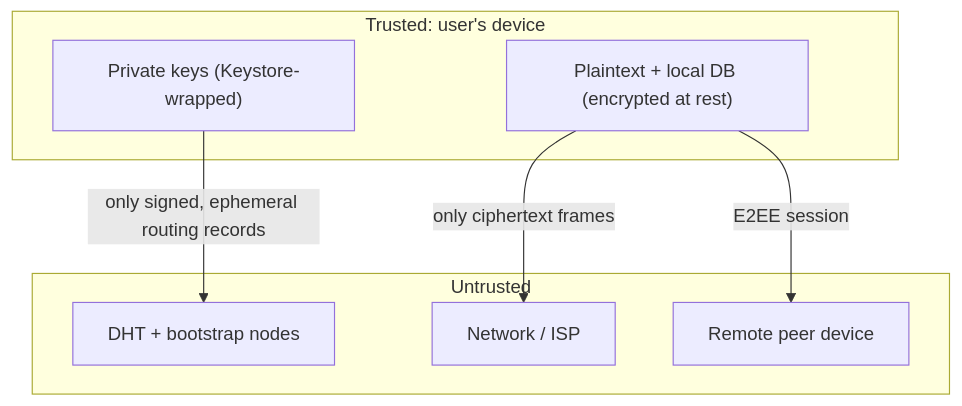
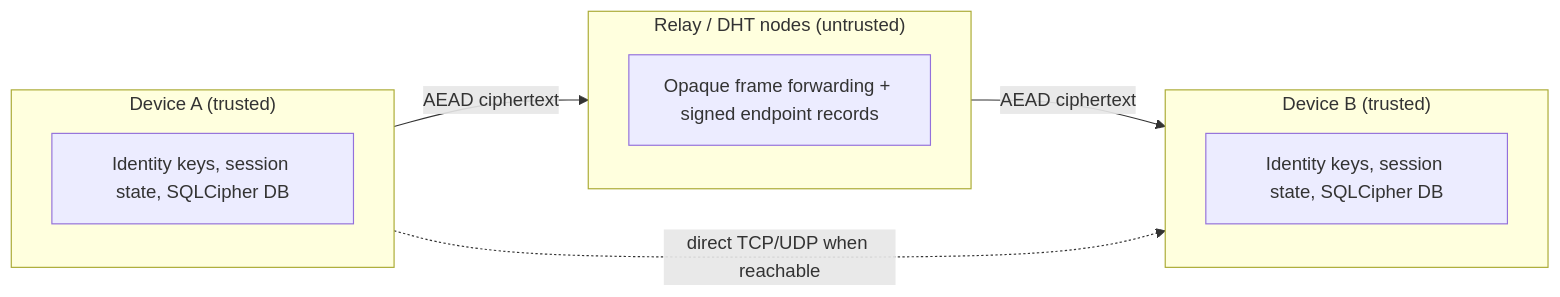
One commit to 0xAsghar/vMessenger changed the diagram in docs/Security.md. Above: the diagram before and after it, drawn with Mermaid. The commit also changed other lines of this file and 30 other files, not shown here.

````diff
--- a/docs/Security.md
+++ b/docs/Security.md
@@ -49,15 +55,15 @@
 ```mermaid
-flowchart TD
-  subgraph device [Trusted: user's device]
-    Keys["Private keys (Keystore-wrapped)"]
-    Plain["Plaintext + local DB (encrypted at rest)"]
+flowchart LR
+  subgraph DeviceA["Device A (trusted)"]
+    KA["Identity keys, session state, SQLCipher DB"]
   end
-  subgraph hostile [Untrusted]
-    Net["Network / ISP"]
-    DHT["DHT + bootstrap nodes"]
-    Peer["Remote peer device"]
+  subgraph Infra["Relay / DHT nodes (untrusted)"]
+    R["Opaque frame forwarding + signed endpoint records"]
   end
-  Plain -->|"only ciphertext frames"| Net
-  Keys -->|"only signed, ephemeral routing records"| DHT
-  Plain -->|"E2EE session"| Peer
+  subgraph DeviceB["Device B (trusted)"]
+    KB["Identity keys, session state, SQLCipher DB"]
+  end
+  DeviceA -- "AEAD ciphertext" --> Infra
+  Infra -- "AEAD ciphertext" --> DeviceB
+  DeviceA -. "direct TCP/UDP when reachable" .-> DeviceB
 ```
````
